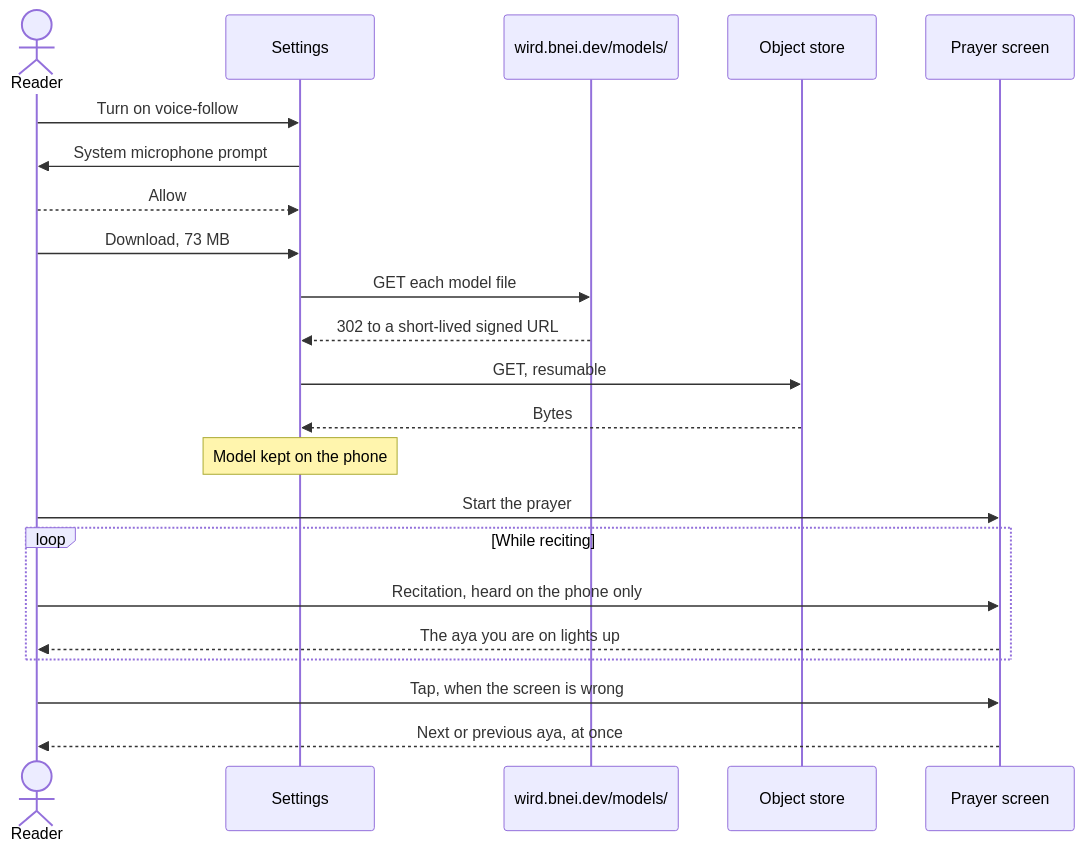
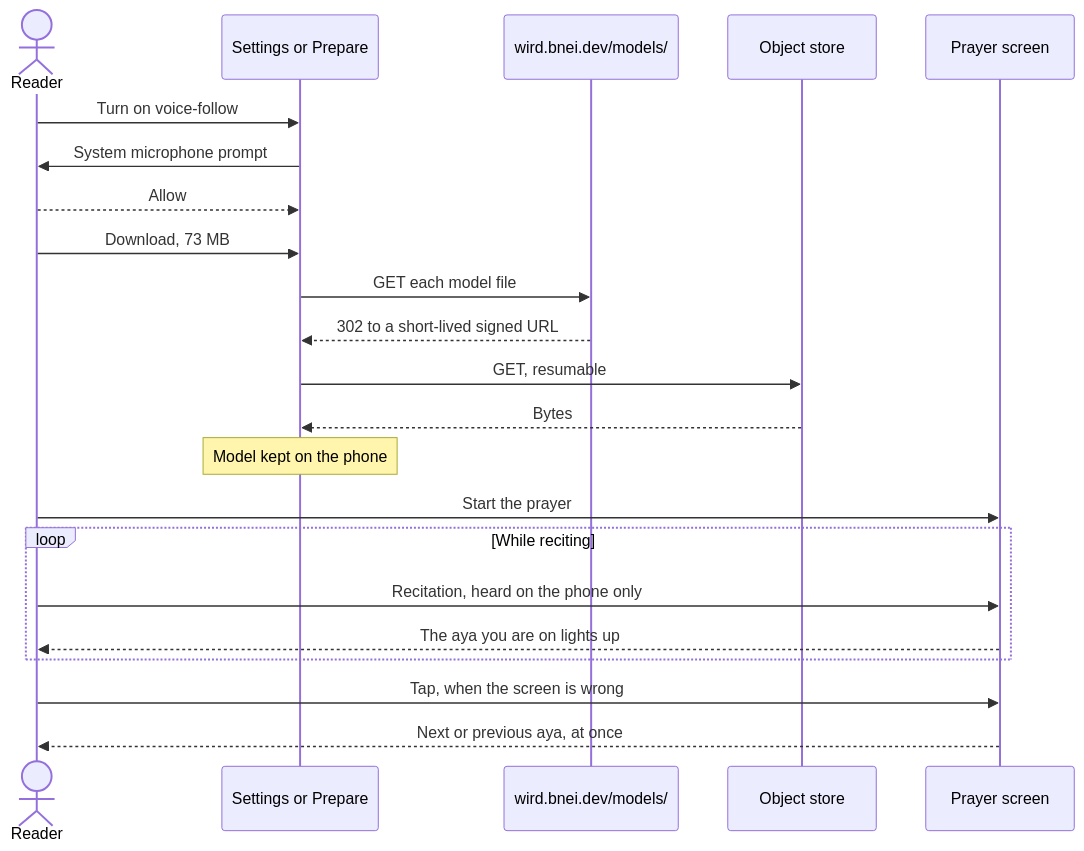
The first of 8 diagrams in docs/architecture/app/voice-follow.md (MohammadBnei/wird), drawn with Mermaid before and after one commit. The commit also changed other lines of this file and 8 other files, not shown here.

````diff
--- a/docs/architecture/app/voice-follow.md
+++ b/docs/architecture/app/voice-follow.md
@@ -15,24 +15,24 @@
 ```mermaid
 sequenceDiagram
   actor R as Reader
-  participant S as Settings
+  participant S as Settings or Prepare
   participant H as wird.bnei.dev/models/
   participant O as Object store
   participant P as Prayer screen
   R->>S: Turn on voice-follow
   S->>R: System microphone prompt
   R-->>S: Allow
   R->>S: Download, 73 MB
   S->>H: GET each model file
   H-->>S: 302 to a short-lived signed URL
   S->>O: GET, resumable
   O-->>S: Bytes
   Note over S: Model kept on the phone
   R->>P: Start the prayer
   loop While reciting
     R->>P: Recitation, heard on the phone only
     P-->>R: The aya you are on lights up
   end
   R->>P: Tap, when the screen is wrong
   P-->>R: Next or previous aya, at once
 ```
````
